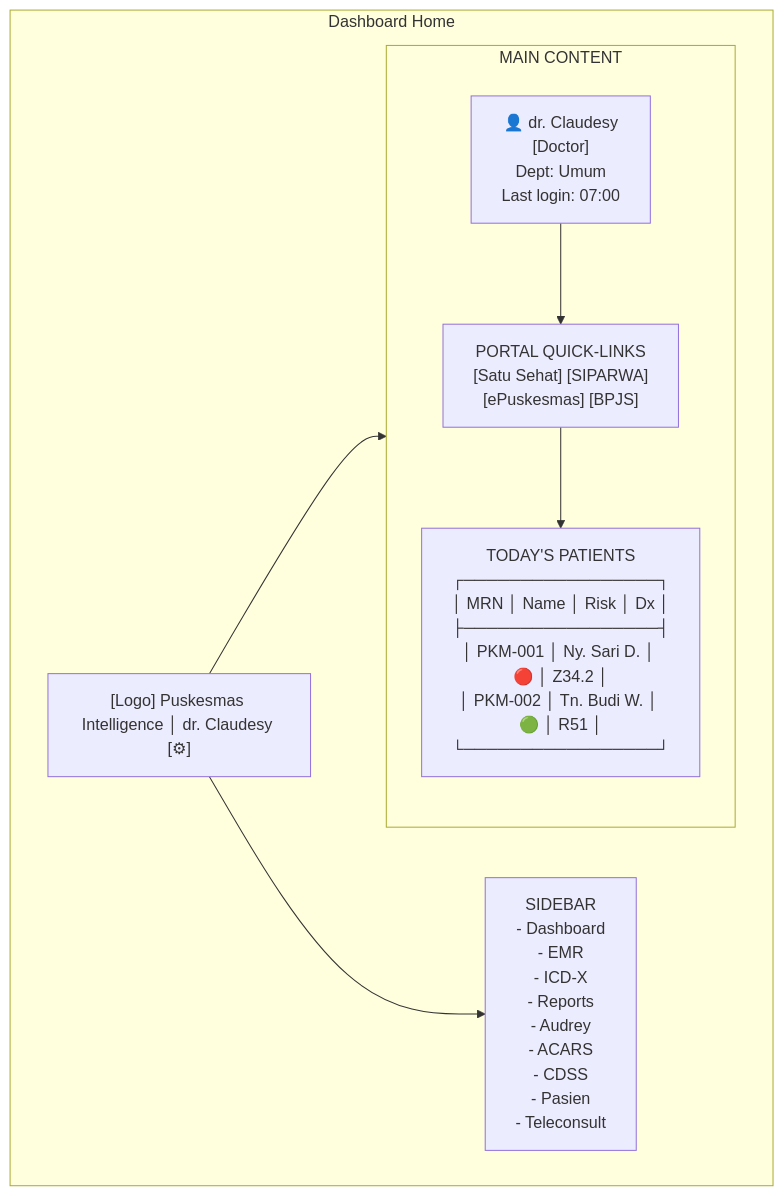
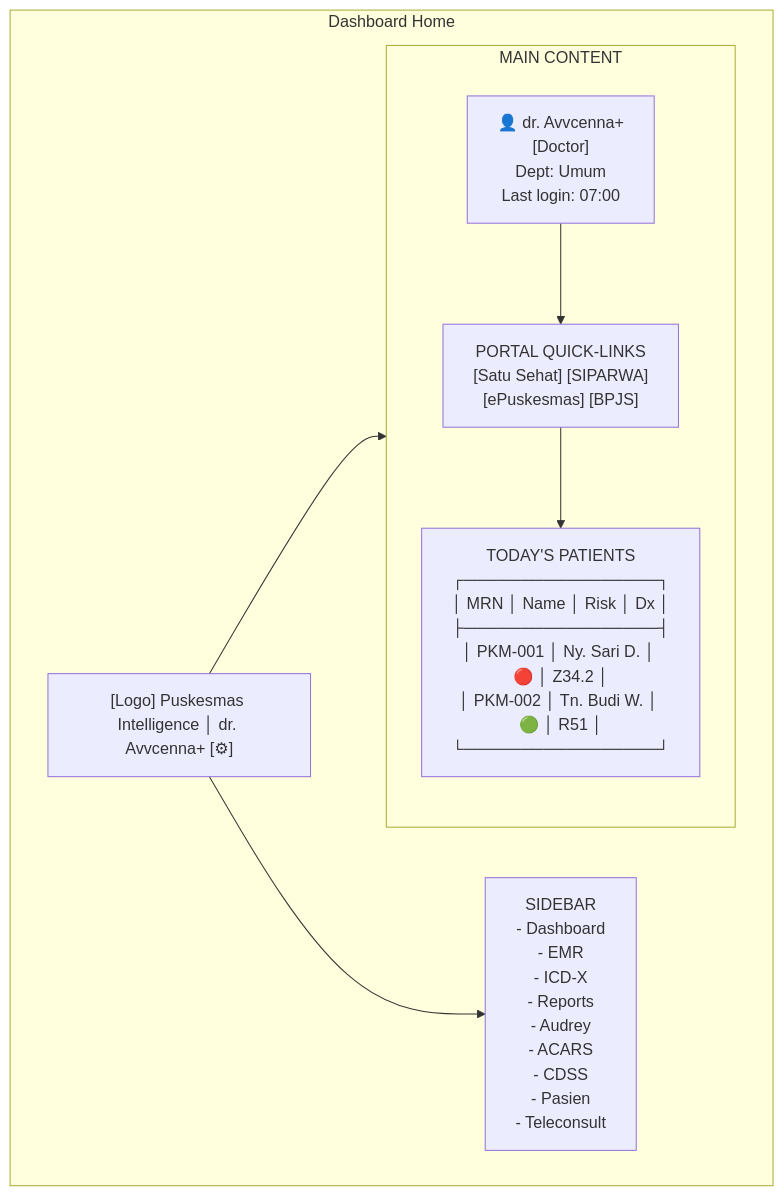
The tenth of 12 diagrams in README.md (Avvicenna/intelligenceboard), drawn with Mermaid before and after one commit. The commit also changed other lines of this file, not shown here.

````diff
--- a/README.md
+++ b/README.md
@@ -1537,22 +1537,22 @@
 ```mermaid
 flowchart TB
     subgraph dashboard["Dashboard Home"]
         direction LR
         sidebar["SIDEBAR<br/>-  Dashboard<br/>-  EMR<br/>-  ICD-X<br/>-  Reports<br/>-  Audrey<br/>-  ACARS<br/>-  CDSS<br/>-  Pasien<br/>-  Teleconsult"]
         
         subgraph main_content["MAIN CONTENT"]
-            profile["👤 dr. Claudesy<br/>[Doctor]<br/>Dept: Umum<br/>Last login: 07:00"]
+            profile["👤 dr. Avvcenna+<br/>[Doctor]<br/>Dept: Umum<br/>Last login: 07:00"]
             
             portals["PORTAL QUICK-LINKS<br/>[Satu Sehat] [SIPARWA]<br/>[ePuskesmas] [BPJS]"]
             
             patients["TODAY'S PATIENTS<br/>┌─────────────────┐<br/>│ MRN │ Name │ Risk │ Dx │<br/>├─────────────────┤<br/>│ PKM-001 │ Ny. Sari D. │ 🔴 │ Z34.2 │<br/>│ PKM-002 │ Tn. Budi W. │ 🟢 │ R51 │<br/>└─────────────────┘"]
         end
         
-        header["[Logo] Puskesmas Intelligence │ dr. Claudesy [⚙]"]
+        header["[Logo] Puskesmas Intelligence │ dr. Avvcenna+ [⚙]"]
     end
     
     header --> sidebar
     header --> main_content
     profile --> portals
     portals --> patients
 ```
````
